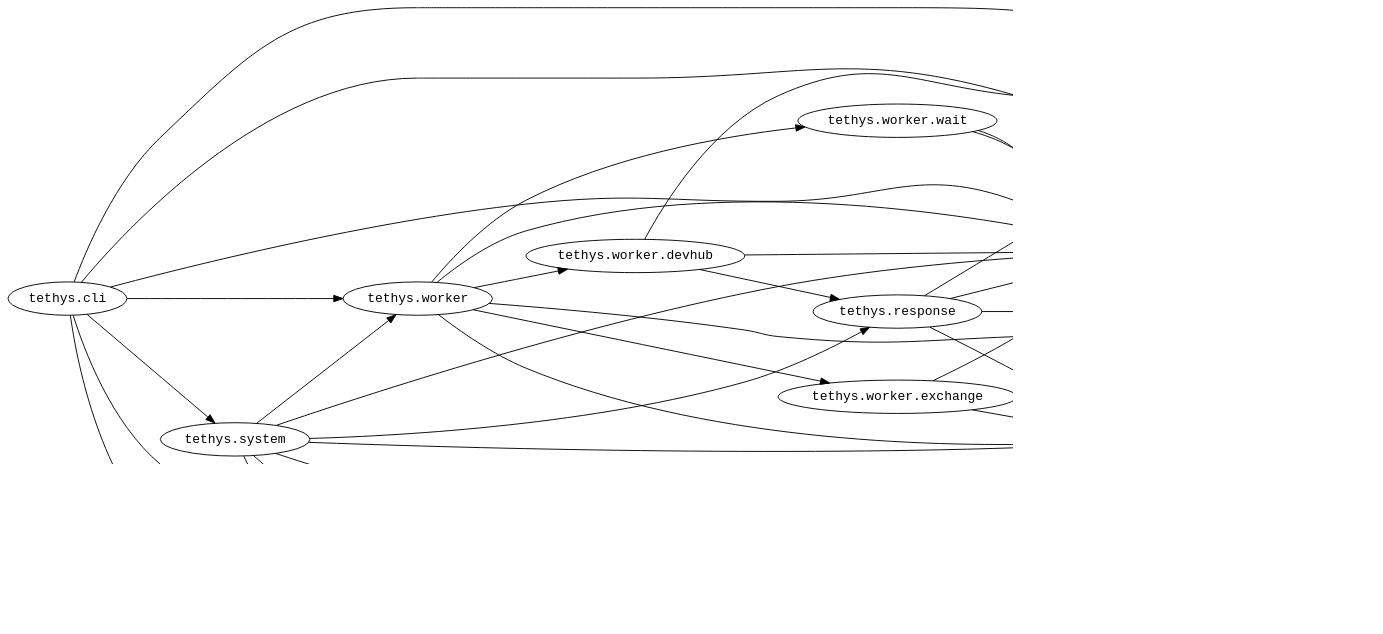
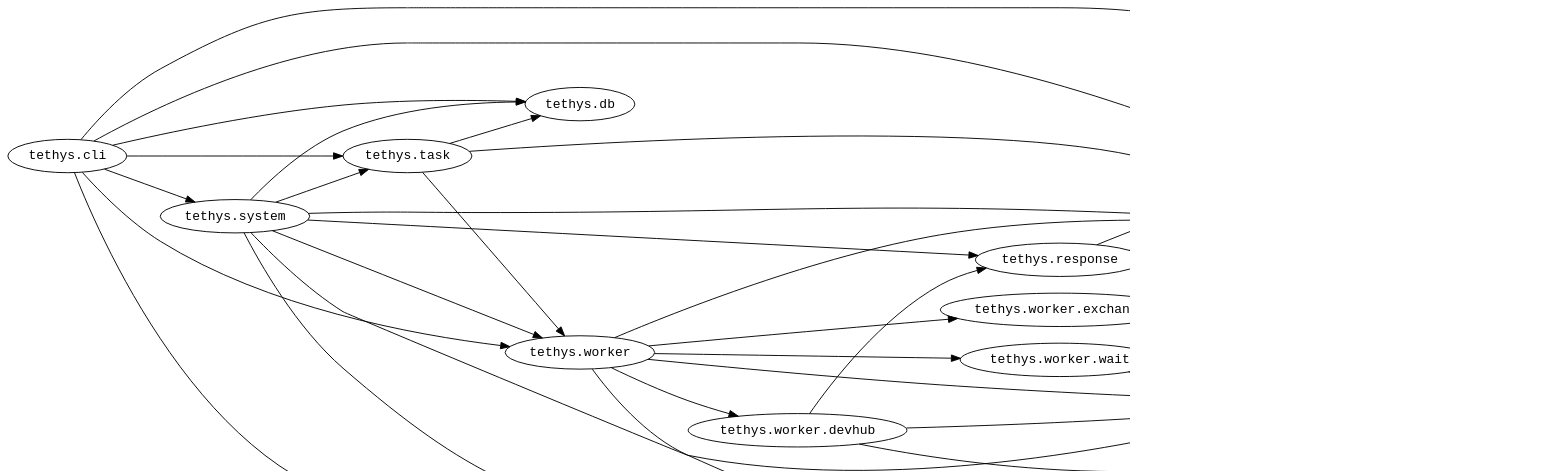
The diagram in namespaces.dot (wactbprot/tethys), drawn with Graphviz before and after one commit. The commit also changed 3 other files, not shown here.

```diff
--- a/namespaces.dot
+++ b/namespaces.dot
@@ -1,55 +1,55 @@
 digraph {
 graph[dpi=100, rankdir=LR]
 node[fontname="Monospace"]
 edge[fontname="Monospace"]
 
-node1568[label="tethys.docs", style=solid]
-node1569[label="tethys.system", style=solid]
-node1570[label="tethys.response", style=solid]
-node1571[label="tethys.cli", style=solid]
-node1572[label="tethys.task", style=solid]
-node1573[label="tethys.worker.wait", style=solid]
-node1574[label="tethys.worker.exchange", style=solid]
-node1575[label="tethys.exchange", style=solid]
-node1576[label="tethys.worker.devhub", style=solid]
-node1577[label="tethys.db", style=solid]
-node1578[label="tethys.model", style=solid]
-node1579[label="tethys.scheduler", style=solid]
-node1580[label="tethys.worker", style=solid]
-node1568 -> node1578[label=""]
-node1569 -> node1570[label=""]
-node1569 -> node1572[label=""]
-node1569 -> node1575[label=""]
-node1569 -> node1577[label=""]
-node1569 -> node1578[label=""]
-node1569 -> node1579[label=""]
-node1569 -> node1580[label=""]
-node1570 -> node1568[label=""]
-node1570 -> node1575[label=""]
-node1570 -> node1578[label=""]
-node1570 -> node1579[label=""]
-node1571 -> node1568[label=""]
-node1571 -> node1569[label=""]
+node1570[label="tethys.docs", style=solid]
+node1571[label="tethys.system", style=solid]
+node1572[label="tethys.response", style=solid]
+node1573[label="tethys.cli", style=solid]
+node1574[label="tethys.task", style=solid]
+node1575[label="tethys.worker.wait", style=solid]
+node1576[label="tethys.worker.exchange", style=solid]
+node1577[label="tethys.exchange", style=solid]
+node1578[label="tethys.worker.devhub", style=solid]
+node1579[label="tethys.db", style=solid]
+node1580[label="tethys.model", style=solid]
+node1581[label="tethys.scheduler", style=solid]
+node1582[label="tethys.worker", style=solid]
+node1570 -> node1580[label=""]
 node1571 -> node1572[label=""]
+node1571 -> node1574[label=""]
 node1571 -> node1577[label=""]
-node1571 -> node1578[label=""]
 node1571 -> node1579[label=""]
 node1571 -> node1580[label=""]
-node1572 -> node1575[label=""]
+node1571 -> node1581[label=""]
+node1571 -> node1582[label=""]
+node1572 -> node1570[label=""]
 node1572 -> node1577[label=""]
-node1572 -> node1578[label=""]
-node1573 -> node1578[label=""]
+node1572 -> node1580[label=""]
+node1572 -> node1581[label=""]
+node1573 -> node1570[label=""]
+node1573 -> node1571[label=""]
+node1573 -> node1574[label=""]
 node1573 -> node1579[label=""]
-node1574 -> node1575[label=""]
-node1574 -> node1578[label=""]
+node1573 -> node1580[label=""]
+node1573 -> node1581[label=""]
+node1573 -> node1582[label=""]
+node1574 -> node1577[label=""]
 node1574 -> node1579[label=""]
-node1576 -> node1570[label=""]
-node1576 -> node1578[label=""]
-node1576 -> node1579[label=""]
-node1580 -> node1573[label=""]
-node1580 -> node1574[label=""]
-node1580 -> node1575[label=""]
-node1580 -> node1576[label=""]
-node1580 -> node1578[label=""]
-node1580 -> node1579[label=""]
+node1574 -> node1582[label=""]
+node1575 -> node1580[label=""]
+node1575 -> node1581[label=""]
+node1576 -> node1577[label=""]
+node1576 -> node1580[label=""]
+node1576 -> node1581[label=""]
+node1578 -> node1572[label=""]
+node1578 -> node1580[label=""]
+node1578 -> node1581[label=""]
+node1582 -> node1575[label=""]
+node1582 -> node1576[label=""]
+node1582 -> node1577[label=""]
+node1582 -> node1578[label=""]
+node1582 -> node1580[label=""]
+node1582 -> node1581[label=""]
 }
```
